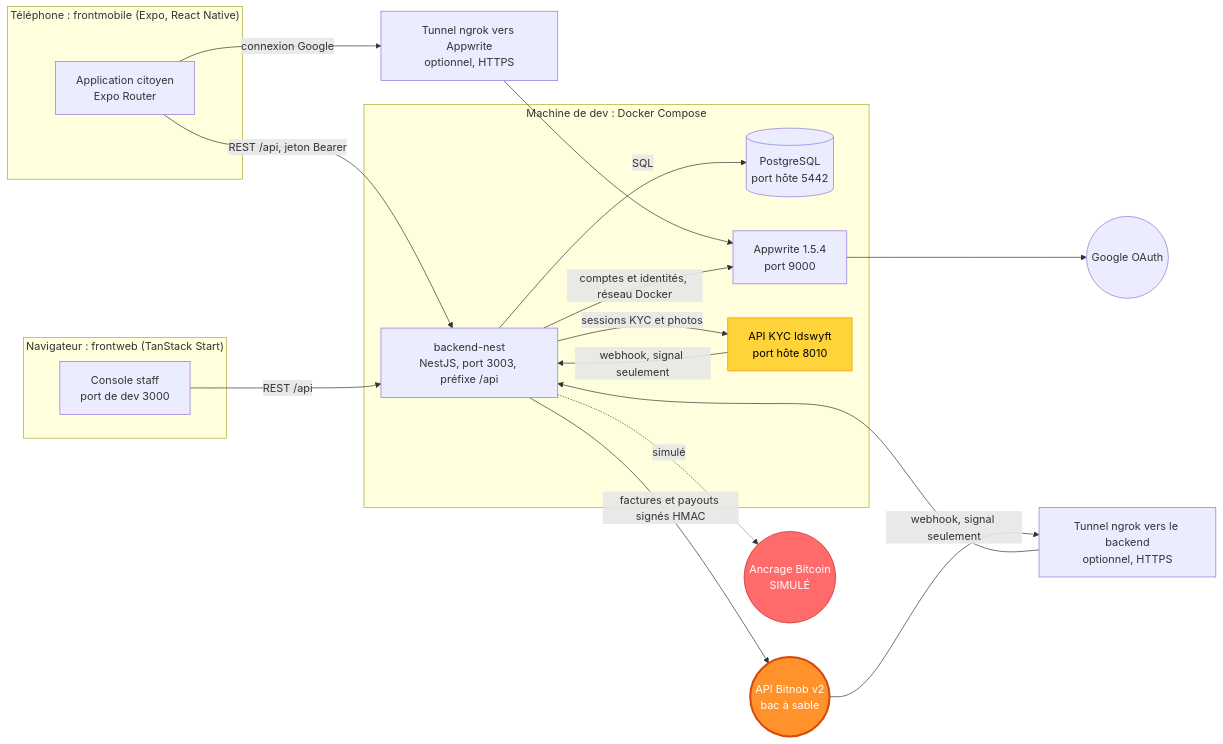
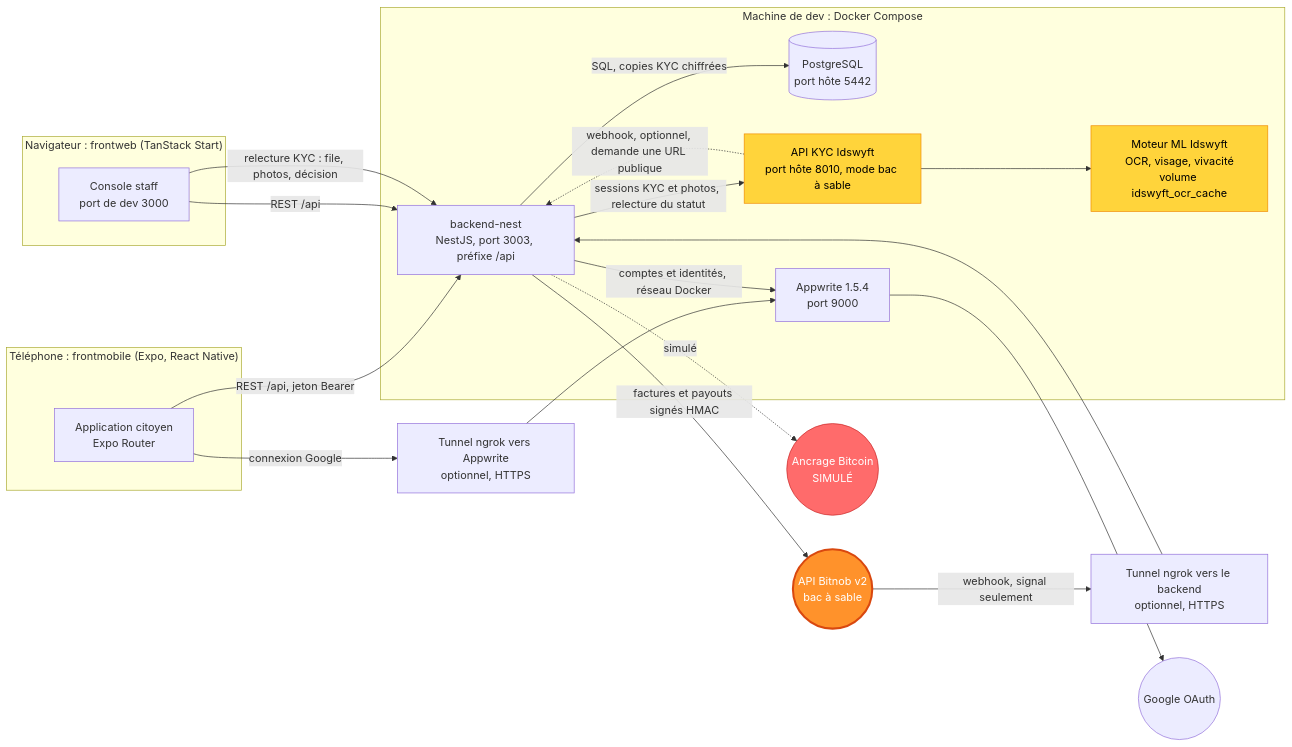
Diagram 11 of 18 in README.md (Bitnob-Hackhaton/DioteKo), drawn with Mermaid before and after one commit. The commit also changed other lines of this file, not shown here.

Commit message:
docs(readme): add KYC section and screenshots in English and French

````diff
--- a/README.md
+++ b/README.md
@@ -746,39 +987,42 @@
 ```mermaid
 flowchart LR
   subgraph PHONE["Téléphone : frontmobile (Expo, React Native)"]
     MOB["Application citoyen<br/>Expo Router"]
   end
   subgraph BROWSER["Navigateur : frontweb (TanStack Start)"]
     CON["Console staff<br/>port de dev 3000"]
   end
   subgraph DOCKER["Machine de dev : Docker Compose"]
     API["backend-nest<br/>NestJS, port 3003, préfixe /api"]
     PG[("PostgreSQL<br/>port hôte 5442")]
     AW["Appwrite 1.5.4<br/>port 9000"]
-    IDS["API KYC Idswyft<br/>port hôte 8010"]
+    IDS["API KYC Idswyft<br/>port hôte 8010, mode bac à sable"]
+    OCR["Moteur ML Idswyft<br/>OCR, visage, vivacité<br/>volume idswyft_ocr_cache"]
   end
   NGA["Tunnel ngrok vers Appwrite<br/>optionnel, HTTPS"]
   NGB["Tunnel ngrok vers le backend<br/>optionnel, HTTPS"]
   GOOG(("Google OAuth"))
   BIT(("API Bitnob v2<br/>bac à sable"))
   BTC(("Ancrage Bitcoin<br/>SIMULÉ"))
 
   MOB -->|"REST /api, jeton Bearer"| API
   CON -->|"REST /api"| API
   MOB -->|"connexion Google"| NGA --> AW
   AW --> GOOG
   API -->|"comptes et identités, réseau Docker"| AW
-  API -->|"SQL"| PG
+  API -->|"SQL, copies KYC chiffrées"| PG
   API -->|"factures et payouts signés HMAC"| BIT
   BIT -->|"webhook, signal seulement"| NGB --> API
-  API -->|"sessions KYC et photos"| IDS
-  IDS -->|"webhook, signal seulement"| API
+  API -->|"sessions KYC et photos, relecture du statut"| IDS
+  IDS --> OCR
+  IDS -.->|"webhook, optionnel, demande une URL publique"| API
+  CON -->|"relecture KYC : file, photos, décision"| API
   API -.->|"simulé"| BTC
 
   classDef pending fill:#ffd43b,stroke:#f08c00,color:#000
   classDef error fill:#ff6b6b,stroke:#c92a2a,color:#fff
   classDef finance fill:#ff922b,stroke:#d9480f,stroke-width:3px,color:#fff
-  class IDS pending
+  class IDS,OCR pending
   class BTC error
   class BIT finance
 ```
````
